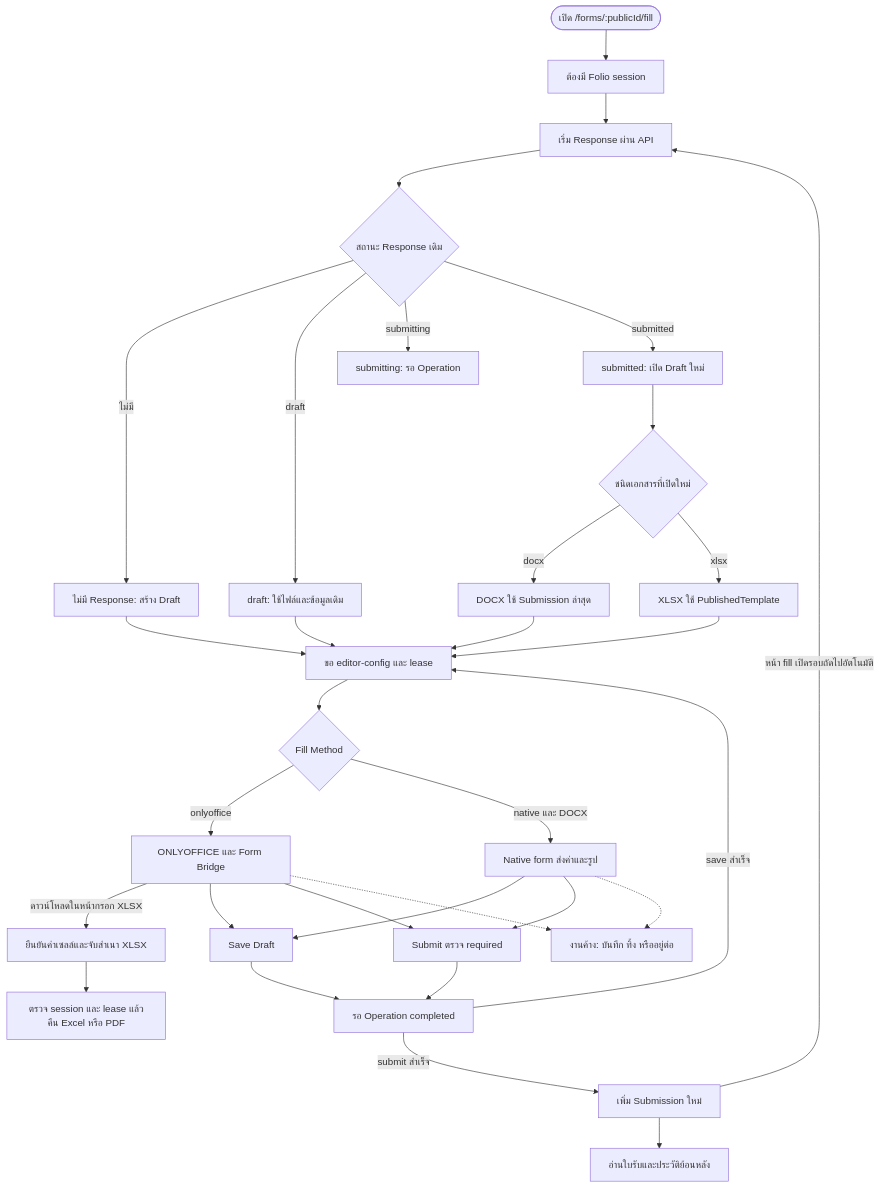
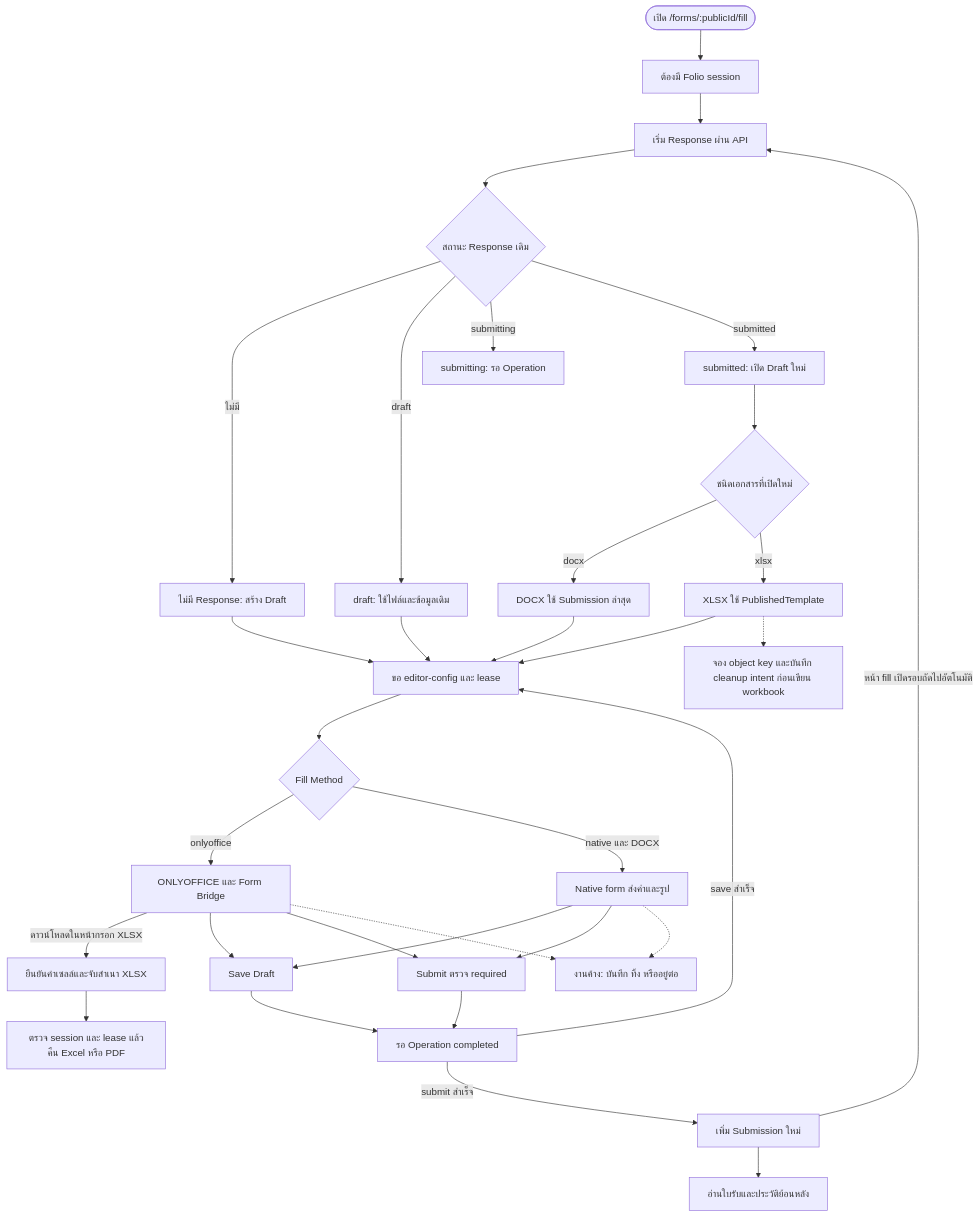
The diagram in .scratch/system-workflow/diagrams/06-response-lifecycle.mmd (AquilaStudio2/folio-forms), drawn with Mermaid before and after one commit. The commit also changed 31 other files, not shown here.

First line of the commit message:
docs(xlsx): publish verified workbook flows and record native evidence limits

```diff
--- a/.scratch/system-workflow/diagrams/06-response-lifecycle.mmd
+++ b/.scratch/system-workflow/diagrams/06-response-lifecycle.mmd
@@ -1,47 +1,48 @@
 flowchart TD
     link(["เปิด /forms/:publicId/fill"])
     login["ต้องมี Folio session"]
     start["เริ่ม Response ผ่าน API"]
     current{"สถานะ Response เดิม"}
     fresh["ไม่มี Response: สร้าง Draft"]
     resume["draft: ใช้ไฟล์และข้อมูลเดิม"]
     busy["submitting: รอ Operation"]
     reopen["submitted: เปิด Draft ใหม่"]
     kind{"ชนิดเอกสารที่เปิดใหม่"}
     docx["DOCX ใช้ Submission ล่าสุด"]
     xlsx["XLSX ใช้ PublishedTemplate"]
     config["ขอ editor-config และ lease"]
     method{"Fill Method"}
     office["ONLYOFFICE และ Form Bridge"]
     capture["ยืนยันค่าเซลล์และจับสำเนา XLSX"]
     file["ตรวจ session และ lease แล้วคืน Excel หรือ PDF"]
     native["Native form ส่งค่าและรูป"]
     save["Save Draft"]
     submit["Submit ตรวจ required"]
     operation["รอ Operation completed"]
     history["เพิ่ม Submission ใหม่"]
     receipt["อ่านใบรับและประวัติย้อนหลัง"]
     exit["งานค้าง: บันทึก ทิ้ง หรืออยู่ต่อ"]
     link --> login --> start --> current
     current -->|"ไม่มี"| fresh --> config
     current -->|"draft"| resume --> config
     current -->|"submitting"| busy
     current -->|"submitted"| reopen --> kind
     kind -->|"docx"| docx --> config
     kind -->|"xlsx"| xlsx --> config
+    xlsx -.-> owned["จอง object key และบันทึก cleanup intent ก่อนเขียน workbook"]
     config --> method
     method -->|"onlyoffice"| office
     office -->|"ดาวน์โหลดในหน้ากรอก XLSX"| capture --> file
     method -->|"native และ DOCX"| native
     office --> save
     office --> submit
     native --> save
     native --> submit
     save --> operation
     submit --> operation
     operation -->|"save สำเร็จ"| config
     operation -->|"submit สำเร็จ"| history
     history -->|"หน้า fill เปิดรอบถัดไปอัตโนมัติ"| start
     history --> receipt
     native -.-> exit
     office -.-> exit
```
